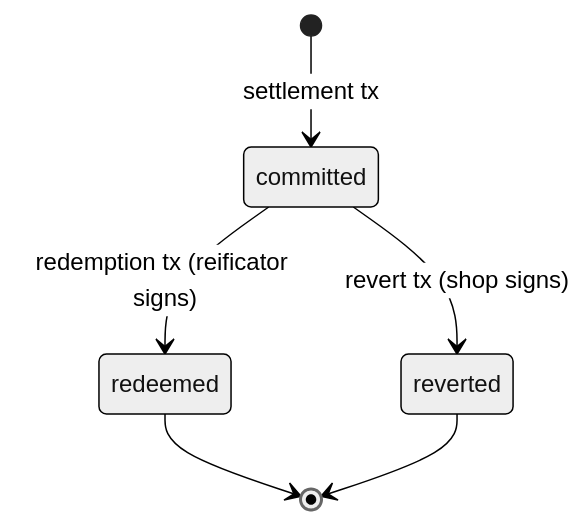
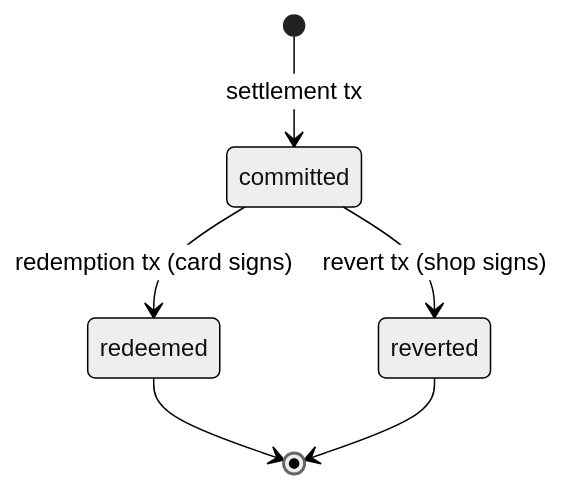
The diagram in docs/protocol/semantics.md (lambdasistemi/harvest), drawn with Mermaid (neutral theme) before and after one commit. The commit also changed other lines of this file and 9 other files, not shown here.

````diff
--- a/docs/protocol/semantics.md
+++ b/docs/protocol/semantics.md
@@ -135,8 +138,8 @@
 ```mermaid
 stateDiagram-v2
     [*] --> committed: settlement tx
-    committed --> redeemed: redemption tx (reificator signs)
+    committed --> redeemed: redemption tx (card signs)
     committed --> reverted: revert tx (shop signs)
     redeemed --> [*]
     reverted --> [*]
 ```
````
